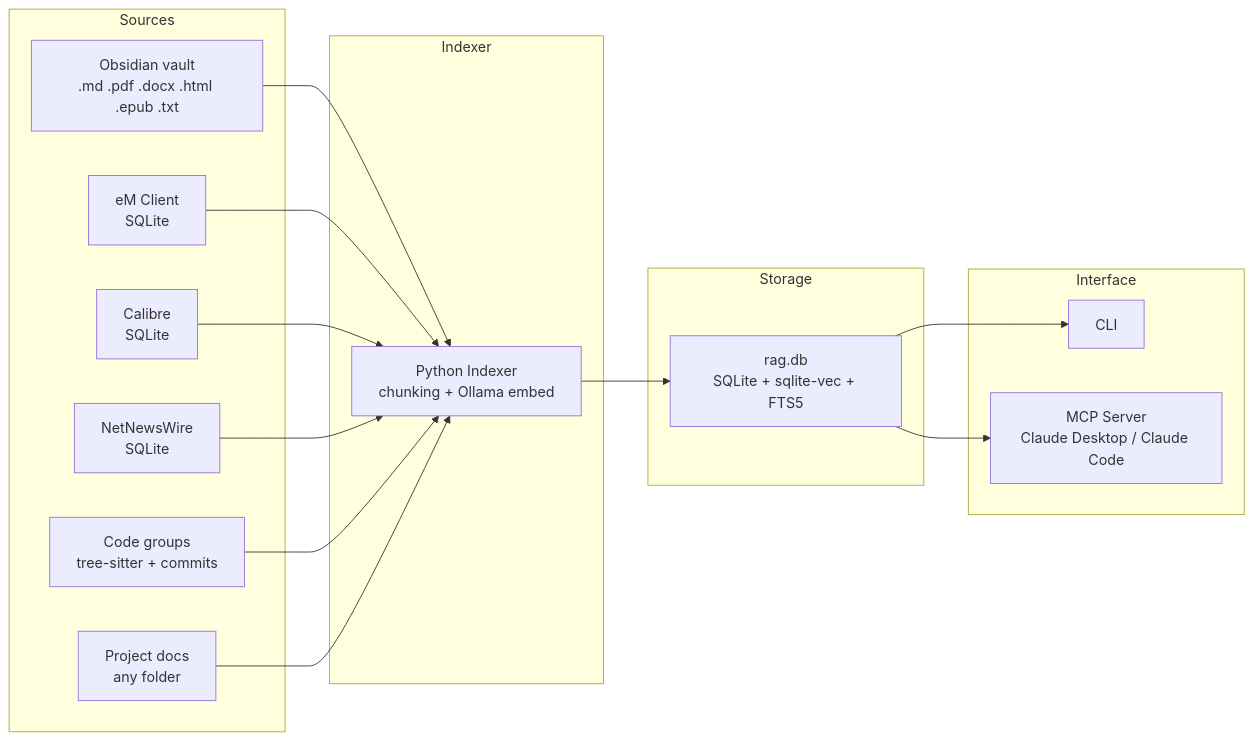
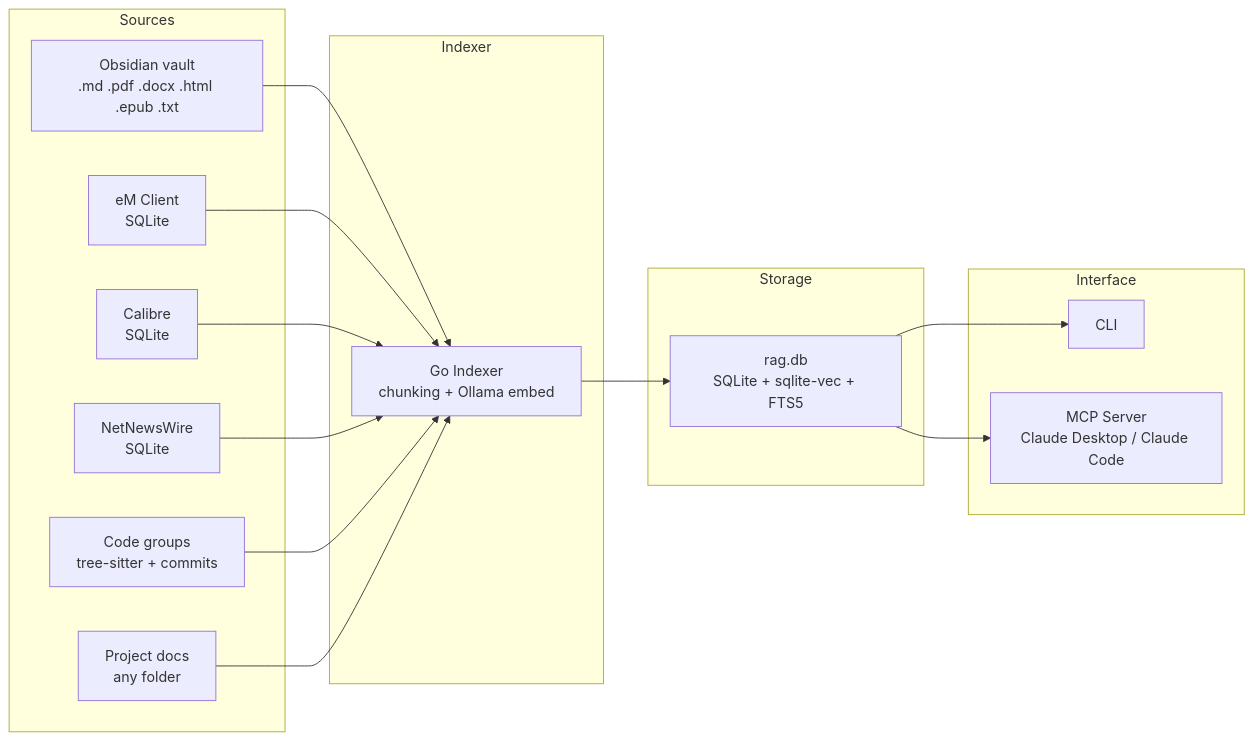
The diagram in CLAUDE.md (sebastianhutter/local-rag), drawn with Mermaid before and after one commit. The commit also changed other lines of this file and 4 other files, not shown here.

````diff
--- a/CLAUDE.md
+++ b/CLAUDE.md
@@ -42,34 +44,34 @@
 ```mermaid
 flowchart LR
     subgraph Sources
         OBS["Obsidian vault<br/>.md .pdf .docx .html .epub .txt"]
         EM["eM Client<br/>SQLite"]
         CAL["Calibre<br/>SQLite"]
         NNW["NetNewsWire<br/>SQLite"]
         GIT["Code groups<br/>tree-sitter + commits"]
         PRJ["Project docs<br/>any folder"]
     end
 
     subgraph Indexer
-        IDX["Python Indexer<br/>chunking + Ollama embed"]
+        IDX["Go Indexer<br/>chunking + Ollama embed"]
     end
 
     subgraph Storage
         DB["rag.db<br/>SQLite + sqlite-vec + FTS5"]
     end
 
     subgraph Interface
         CLI["CLI"]
         MCP["MCP Server<br/>Claude Desktop / Claude Code"]
     end
 
     OBS --> IDX
     EM --> IDX
     CAL --> IDX
     NNW --> IDX
     GIT --> IDX
     PRJ --> IDX
     IDX --> DB
     DB --> CLI
     DB --> MCP
 ```
````
